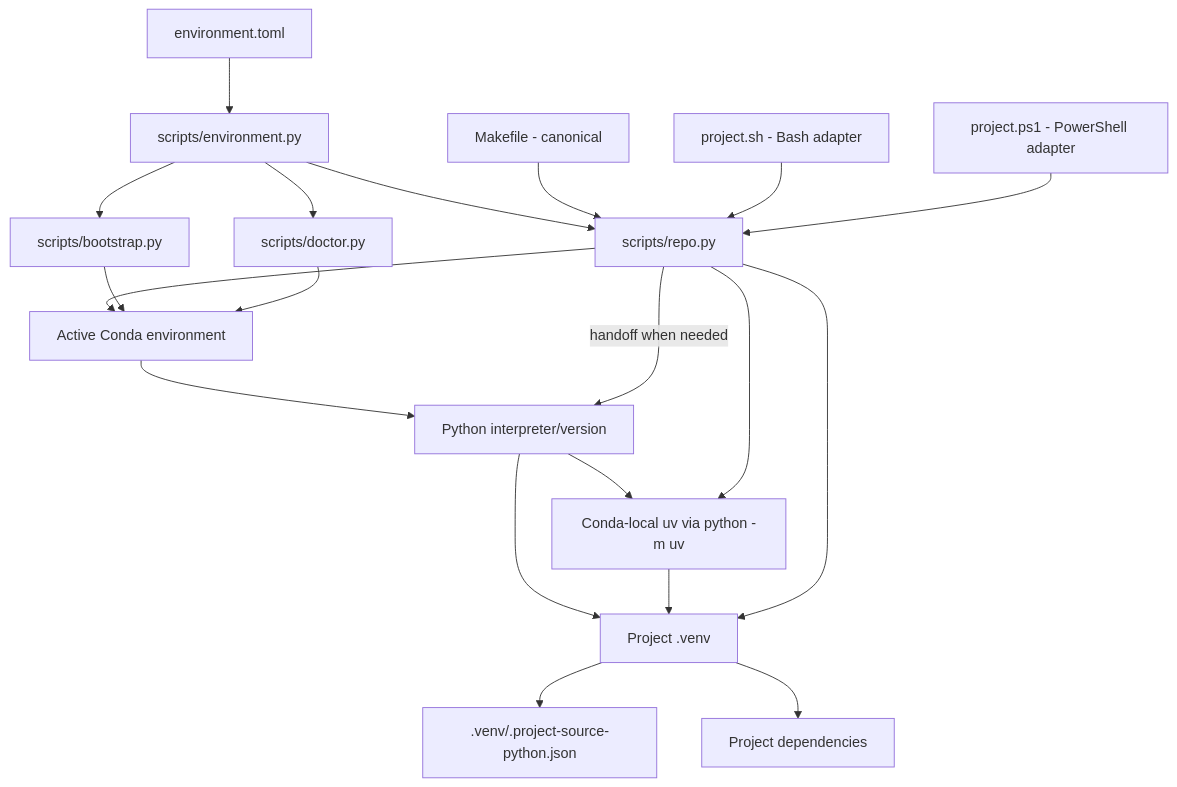
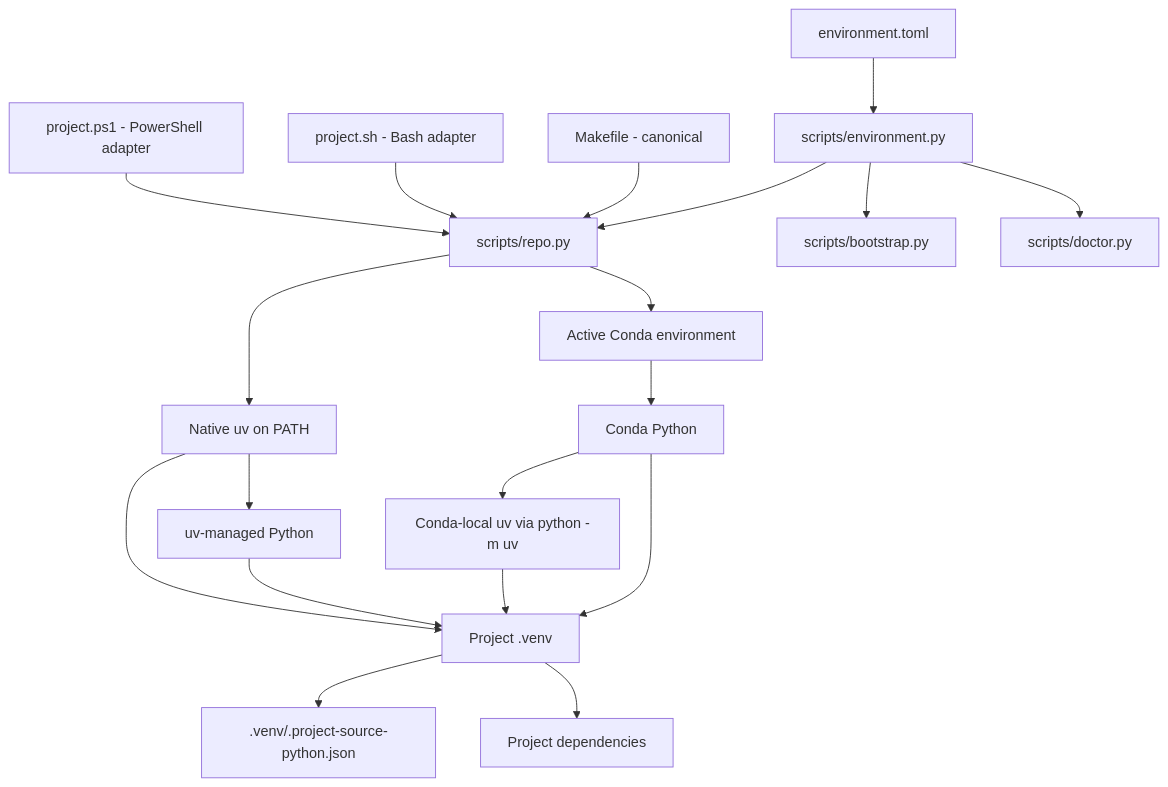
The diagram in docs/architecture/environment-contract.md (dante-souza/python_scaffolding), drawn with Mermaid before and after one commit. The commit also changed other lines of this file and 5 other files, not shown here.

````diff
--- a/docs/architecture/environment-contract.md
+++ b/docs/architecture/environment-contract.md
@@ -9,22 +21,27 @@
 ```mermaid
 flowchart TD
     CFG[environment.toml] --> ENV[scripts/environment.py]
     ENV --> CLI[scripts/repo.py]
     ENV --> BOOT[scripts/bootstrap.py]
     ENV --> DOC[scripts/doctor.py]
-    C[Active Conda environment] --> P[Python interpreter/version]
-    P --> U[Conda-local uv via python -m uv]
-    P --> V[Project .venv]
-    U --> V
+
+    C[Active Conda environment] --> CP[Conda Python]
+    CP --> CU[Conda-local uv via python -m uv]
+
+    NU[Native uv on PATH] --> UP[uv-managed Python]
+
+    CP --> V[Project .venv]
+    CU --> V
+    UP --> V
+    NU --> V
+
     V --> M[.venv/.project-source-python.json]
     V --> D[Project dependencies]
-    CLI --> C
-    BOOT --> C
-    DOC --> C
-    CLI --> U
-    CLI --> V
+
     MK[Makefile - canonical] --> CLI
     SH[project.sh - Bash adapter] --> CLI
     PS[project.ps1 - PowerShell adapter] --> CLI
-    CLI -->|handoff when needed| P
+
+    CLI --> C
+    CLI --> NU
 ```
````
